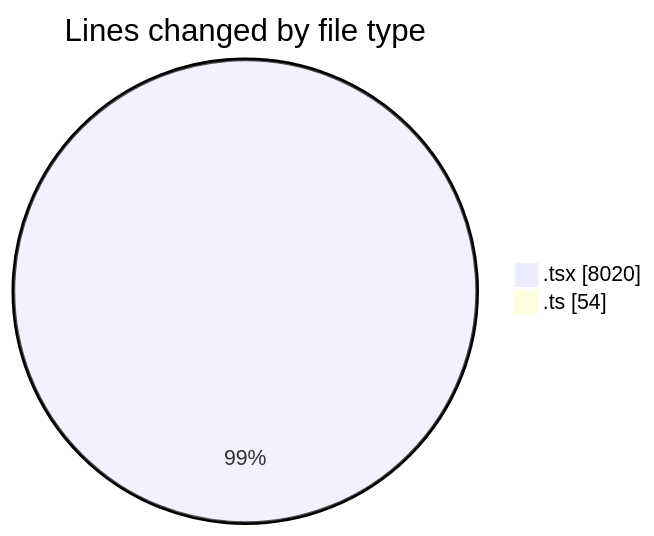
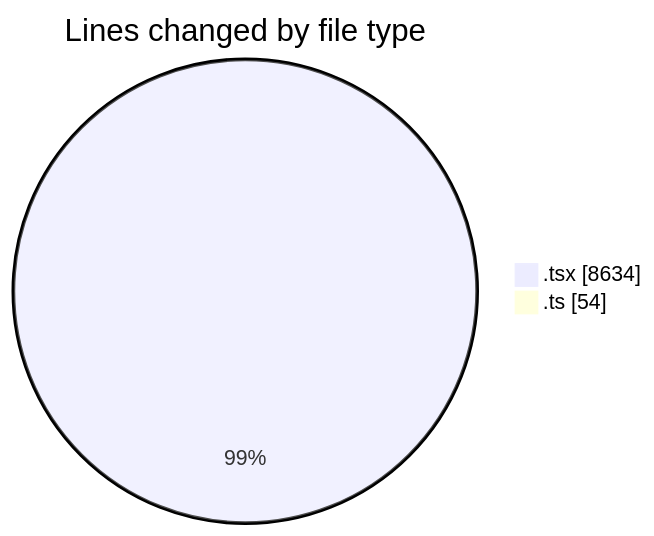
Before and after one commit to nxtqubesakshisongat/code-tracking: the first of 2 diagrams in 2026-03-05/nxtqube_webapp/README.md, drawn with Mermaid. The commit also changed other lines of this file and 1 other file, not shown here.

````diff
--- a/2026-03-05/nxtqube_webapp/README.md
+++ b/2026-03-05/nxtqube_webapp/README.md
@@ -31,6 +32,6 @@
 ```mermaid
 pie showData
 title Lines changed by file type
-".tsx" : 8020
+".tsx" : 8634
 ".ts" : 54
 ```
````
